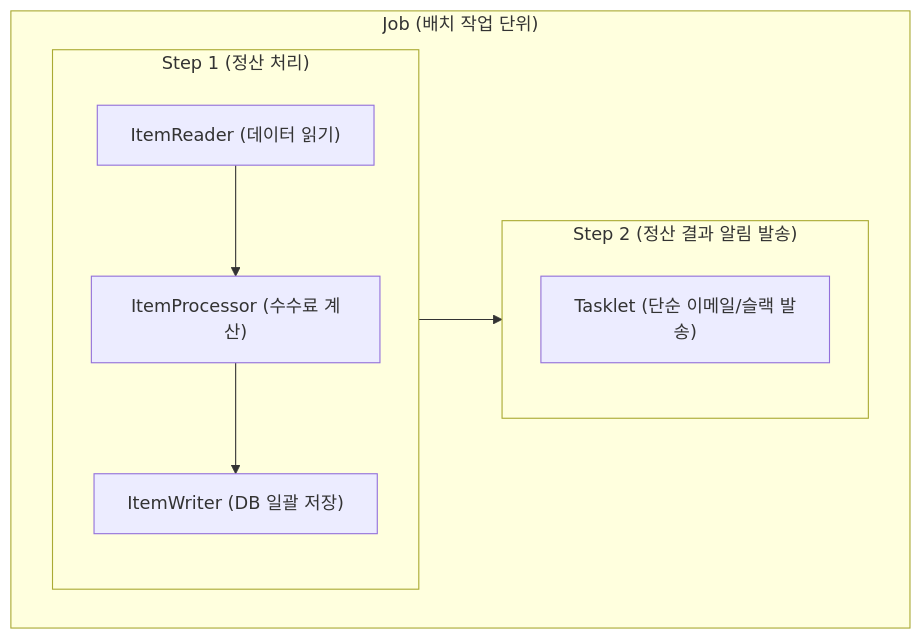
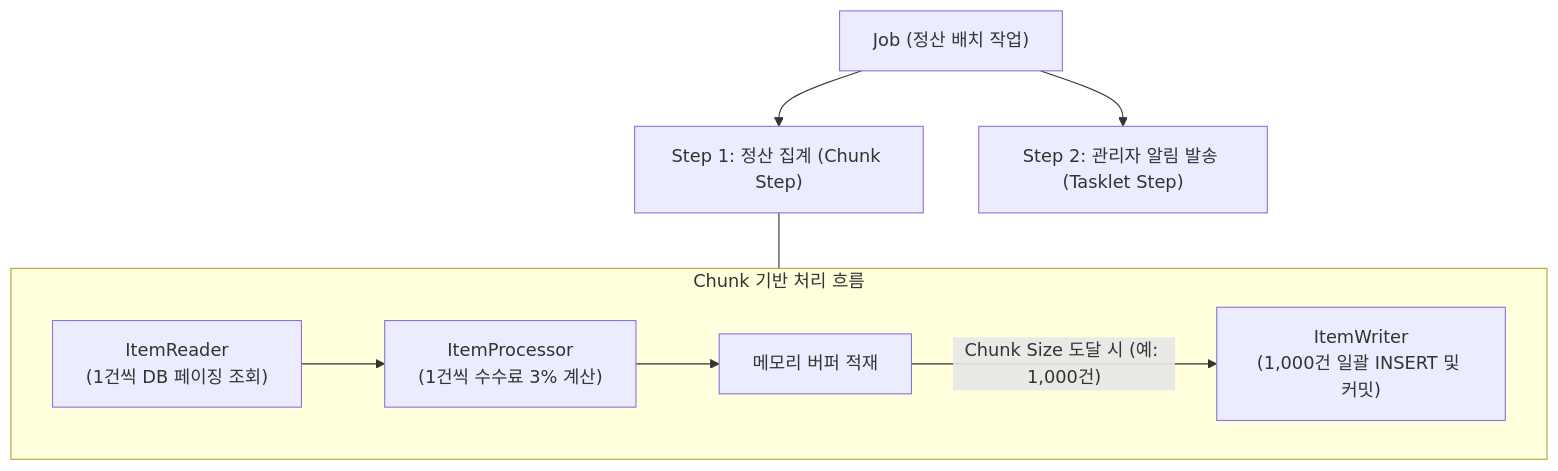
Before and after one commit to yeondububub/blog: the second of 2 diagrams in backend/[20260806]_[스프링 배치 사용법]_[Spring Batch]_[spring_batch.png]_[스프링 배치의 사용법에 대해 알아본다]_[].md, drawn with Mermaid. The commit also changed other lines of this file and 12 other files, not shown here.

````diff
--- a/backend/[20260806]_[스프링 배치 사용법]_[Spring Batch]_[spring_batch.png]_[스프링 배치의 사용법에 대해 알아본다]_[].md
+++ b/backend/[20260806]_[스프링 배치 사용법]_[Spring Batch]_[spring_batch.png]_[스프링 배치의 사용법에 대해 알아본다]_[].md
@@ -32,13 +40,13 @@
 ```mermaid
-graph TD
-    subgraph Job ["Job (배치 작업 단위)"]
-        subgraph Step1 ["Step 1 (정산 처리)"]
-            Reader["ItemReader (데이터 읽기)"] --> Processor["ItemProcessor (수수료 계산)"]
-            Processor --> Writer["ItemWriter (DB 일괄 저장)"]
-        end
-        subgraph Step2 ["Step 2 (정산 결과 알림 발송)"]
-            Tasklet["Tasklet (단순 이메일/슬랙 발송)"]
-        end
-        Step1 --> Step2
+flowchart TD
+    Job["Job (정산 배치 작업)"] --> Step1["Step 1: 정산 집계 (Chunk Step)"]
+    Job --> Step2["Step 2: 관리자 알림 발송 (Tasklet Step)"]
+    
+    subgraph Chunk_Flow ["Chunk 기반 처리 흐름"]
+        Reader["ItemReader<br/>(1건씩 DB 페이징 조회)"] --> Processor["ItemProcessor<br/>(1건씩 수수료 3% 계산)"]
+        Processor --> Buffer["메모리 버퍼 적재"]
+        Buffer -- "Chunk Size 도달 시 (예: 1,000건)" --> Writer["ItemWriter<br/>(1,000건 일괄 INSERT 및 커밋)"]
     end
+    
+    Step1 --- Chunk_Flow
 ```
````
